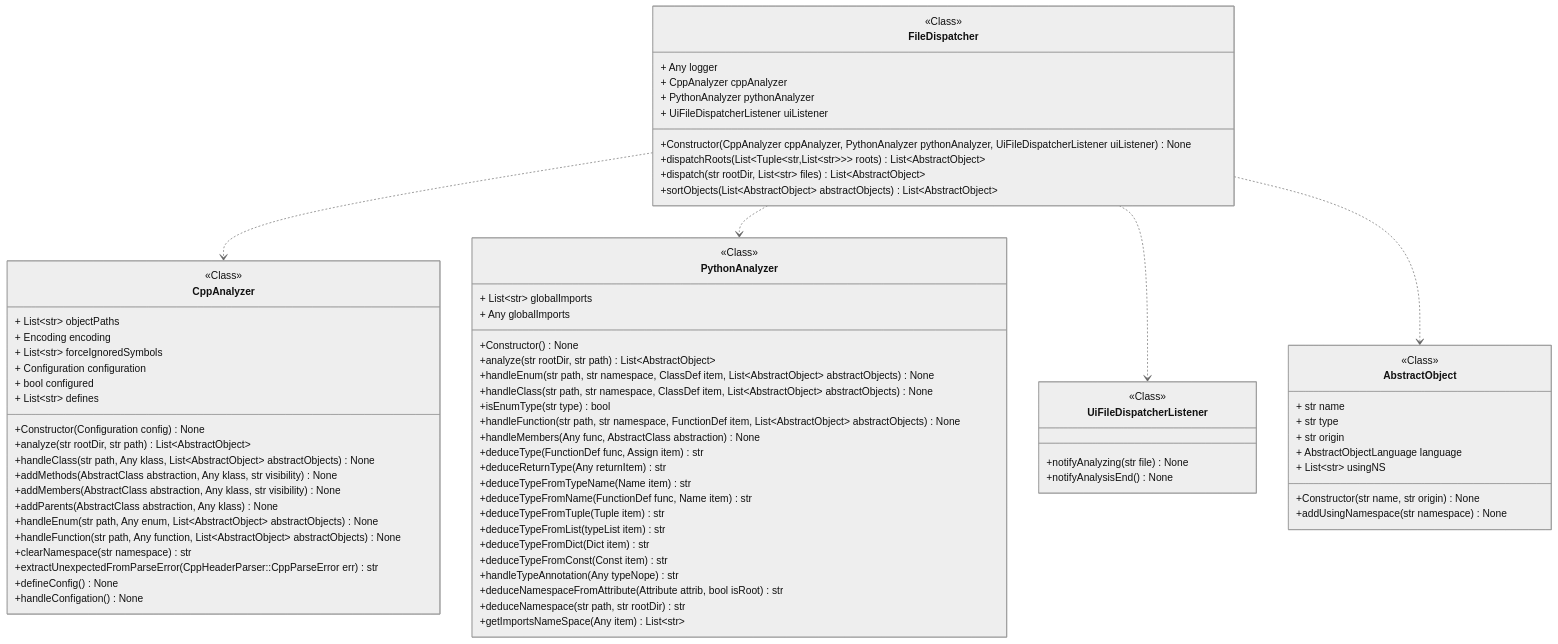
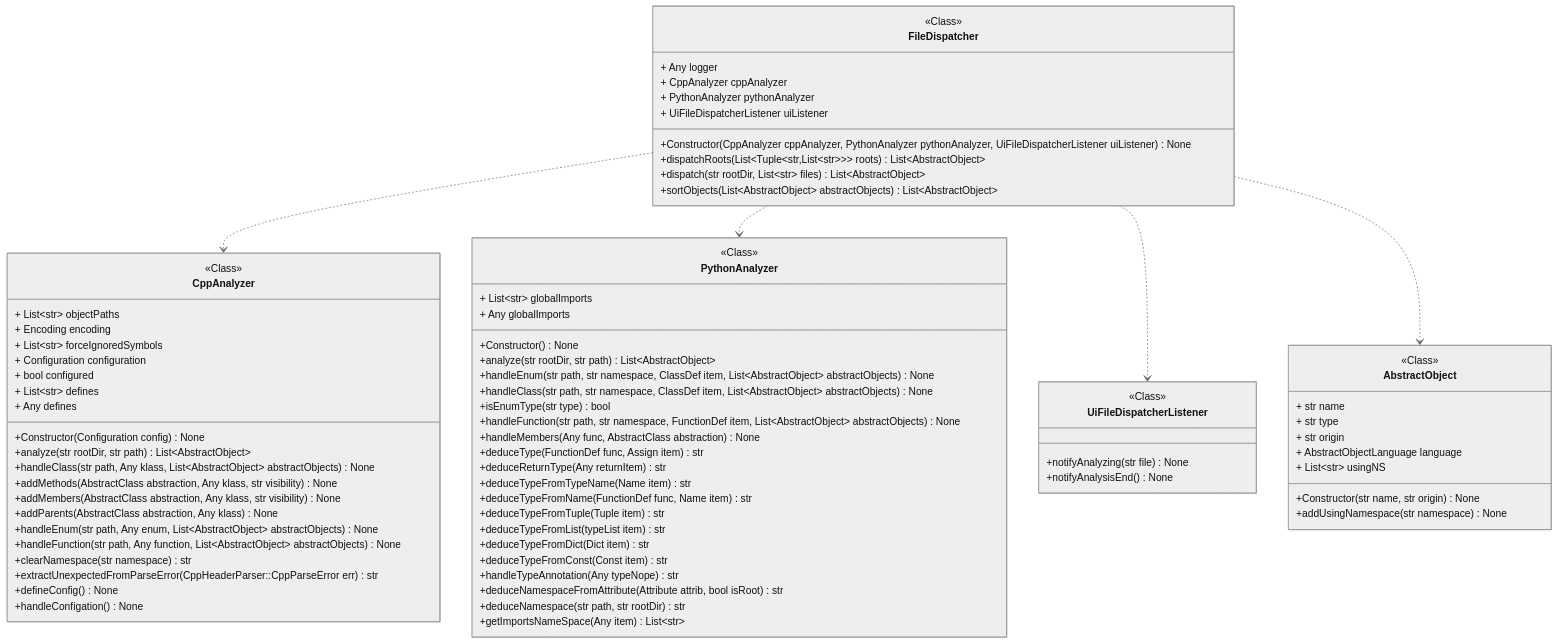
Before and after one commit to miong/pycodeanalyzer: the diagram in docs/source/code/diagrams/pycodeanalyzer_core_languages_filedispatcher_FileDispatcher.mmd, drawn with Mermaid (neutral theme). The commit also changed 8 other files, not shown here.

```diff
--- a/docs/source/code/diagrams/pycodeanalyzer_core_languages_filedispatcher_FileDispatcher.mmd
+++ b/docs/source/code/diagrams/pycodeanalyzer_core_languages_filedispatcher_FileDispatcher.mmd
@@ -1,80 +1,81 @@
 classDiagram
 class FileDispatcher {
 <<Class>>
 + Any logger
 + CppAnalyzer cppAnalyzer
 + PythonAnalyzer pythonAnalyzer
 + UiFileDispatcherListener uiListener
 +Constructor(CppAnalyzer cppAnalyzer, PythonAnalyzer pythonAnalyzer, UiFileDispatcherListener uiListener) None
 +dispatchRoots(List&lt;Tuple&lt;str,List&lt;str&gt;&gt;&gt; roots) List~AbstractObject~
 +dispatch(str rootDir, List~str~ files) List~AbstractObject~
 +sortObjects(List~AbstractObject~ abstractObjects) List~AbstractObject~
 }
 class CppAnalyzer {
 <<Class>>
 + List~str~ objectPaths
 + Encoding encoding
 + List~str~ forceIgnoredSymbols
 + Configuration configuration
 + bool configured
 + List~str~ defines
++ Any defines
 +Constructor(Configuration config) None
 +analyze(str rootDir, str path) List~AbstractObject~
 +handleClass(str path, Any klass, List~AbstractObject~ abstractObjects) None
 +addMethods(AbstractClass abstraction, Any klass, str visibility) None
 +addMembers(AbstractClass abstraction, Any klass, str visibility) None
 +addParents(AbstractClass abstraction, Any klass) None
 +handleEnum(str path, Any enum, List~AbstractObject~ abstractObjects) None
 +handleFunction(str path, Any function, List~AbstractObject~ abstractObjects) None
 +clearNamespace(str namespace) str
 +extractUnexpectedFromParseError(CppHeaderParser::CppParseError err) str
 +defineConfig() None
 +handleConfigation() None
 }
 link CppAnalyzer "class££pycodeanalyzer::core::languages::analyzers::cppanalyzer::CppAnalyzer"
 class PythonAnalyzer {
 <<Class>>
 + List~str~ globalImports
 + Any globalImports
 +Constructor() None
 +analyze(str rootDir, str path) List~AbstractObject~
 +handleEnum(str path, str namespace, ClassDef item, List~AbstractObject~ abstractObjects) None
 +handleClass(str path, str namespace, ClassDef item, List~AbstractObject~ abstractObjects) None
 +isEnumType(str type) bool
 +handleFunction(str path, str namespace, FunctionDef item, List~AbstractObject~ abstractObjects) None
 +handleMembers(Any func, AbstractClass abstraction) None
 +deduceType(FunctionDef func, Assign item) str
 +deduceReturnType(Any returnItem) str
 +deduceTypeFromTypeName(Name item) str
 +deduceTypeFromName(FunctionDef func, Name item) str
 +deduceTypeFromTuple(Tuple item) str
 +deduceTypeFromList(typeList item) str
 +deduceTypeFromDict(Dict item) str
 +deduceTypeFromConst(Const item) str
 +handleTypeAnnotation(Any typeNope) str
 +deduceNamespaceFromAttribute(Attribute attrib, bool isRoot) str
 +deduceNamespace(str path, str rootDir) str
 +getImportsNameSpace(Any item) List~str~
 }
 link PythonAnalyzer "class££pycodeanalyzer::core::languages::analyzers::pythonanalyzer::PythonAnalyzer"
 class UiFileDispatcherListener {
 <<Class>>
 +notifyAnalyzing(str file) None
 +notifyAnalysisEnd() None
 }
 link UiFileDispatcherListener "class££pycodeanalyzer::ui::app::UiFileDispatcherListener"
 class AbstractObject {
 <<Class>>
 + str name
 + str type
 + str origin
 + AbstractObjectLanguage language
 + List~str~ usingNS
 +Constructor(str name, str origin) None
 +addUsingNamespace(str namespace) None
 }
 link AbstractObject "class££pycodeanalyzer::core::abstraction::objects::AbstractObject"
 FileDispatcher ..> CppAnalyzer
 FileDispatcher ..> PythonAnalyzer
 FileDispatcher ..> UiFileDispatcherListener
 FileDispatcher ..> AbstractObject
```
